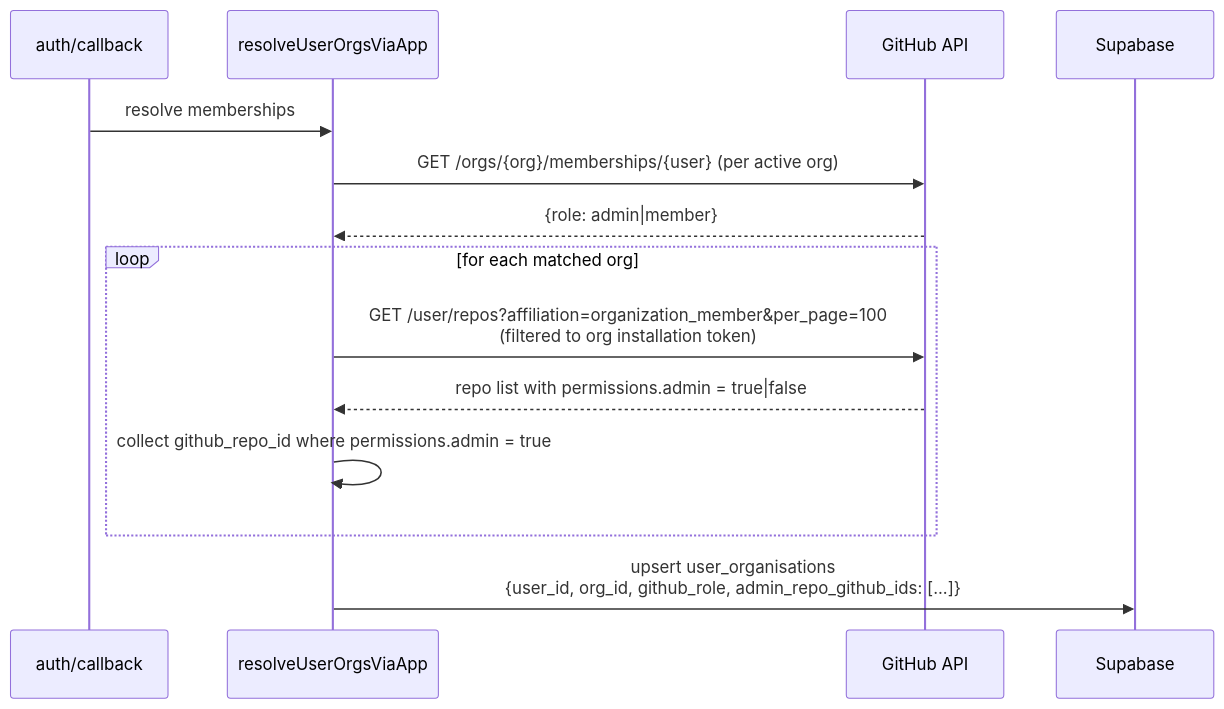
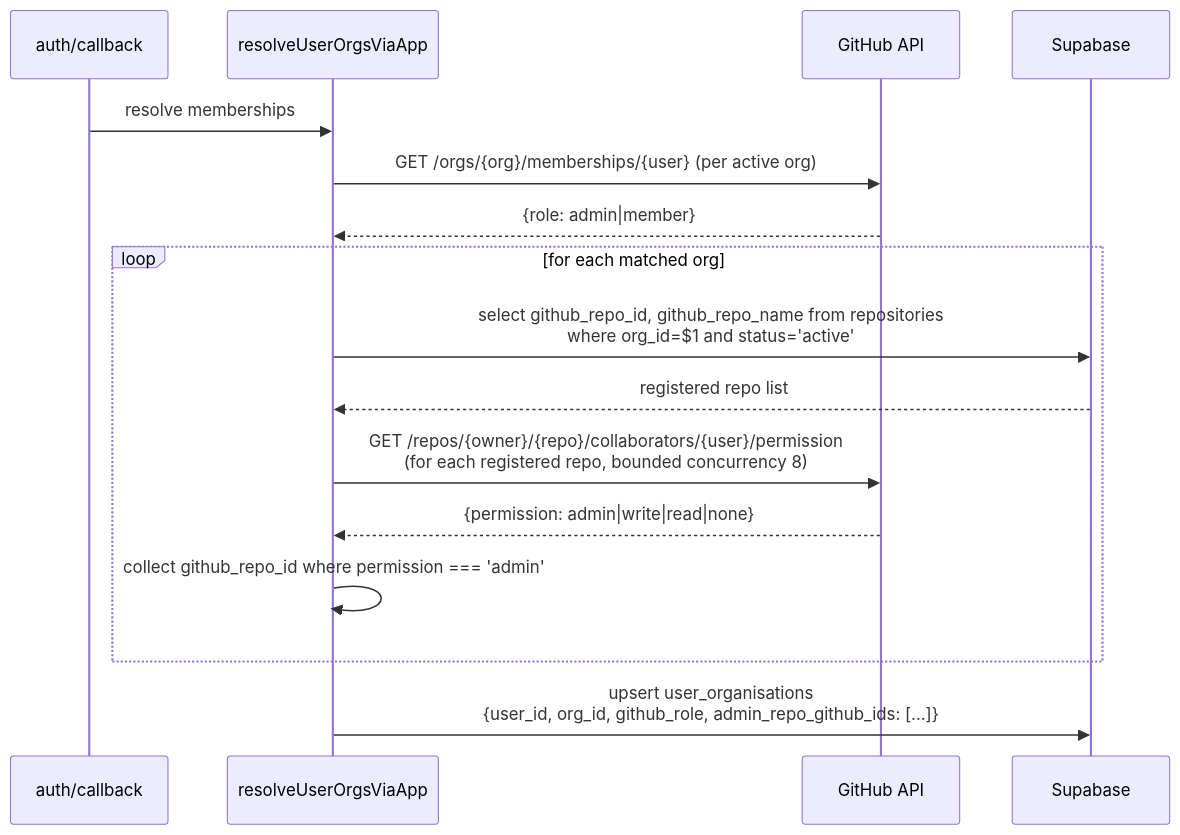
One commit to mironyx/feature-comprehension-score changed the fourth of 5 diagrams in docs/design/lld-v11-e11-1-project-management.md. Above: the diagram before and after it, drawn with Mermaid. The commit also changed other lines of this file and 12 other files, not shown here.

First line of the commit message:
feat: sign-in admin-repo snapshot + Repo-Admin gate helper (V11 E11.1 T1.2) (#402)

````diff
--- a/docs/design/lld-v11-e11-1-project-management.md
+++ b/docs/design/lld-v11-e11-1-project-management.md
@@ -98,16 +100,18 @@
 ```mermaid
 sequenceDiagram
   participant CB as auth/callback
   participant R as resolveUserOrgsViaApp
   participant GH as GitHub API
   participant DB as Supabase
   CB->>R: resolve memberships
   R->>GH: GET /orgs/{org}/memberships/{user} (per active org)
   GH-->>R: {role: admin|member}
   loop for each matched org
-    R->>GH: GET /user/repos?affiliation=organization_member&per_page=100<br/>(filtered to org installation token)
-    GH-->>R: repo list with permissions.admin = true|false
-    R->>R: collect github_repo_id where permissions.admin = true
+    R->>DB: select github_repo_id, github_repo_name from repositories<br/>where org_id=$1 and status='active'
+    DB-->>R: registered repo list
+    R->>GH: GET /repos/{owner}/{repo}/collaborators/{user}/permission<br/>(for each registered repo, bounded concurrency 8)
+    GH-->>R: {permission: admin|write|read|none}
+    R->>R: collect github_repo_id where permission === 'admin'
   end
   R->>DB: upsert user_organisations<br/>{user_id, org_id, github_role, admin_repo_github_ids: [...]}
 ```
````
